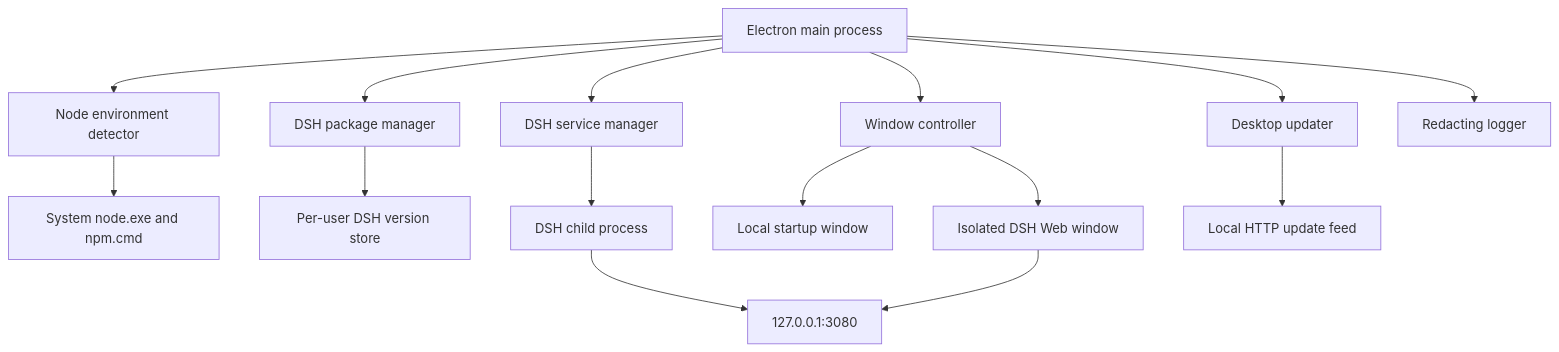
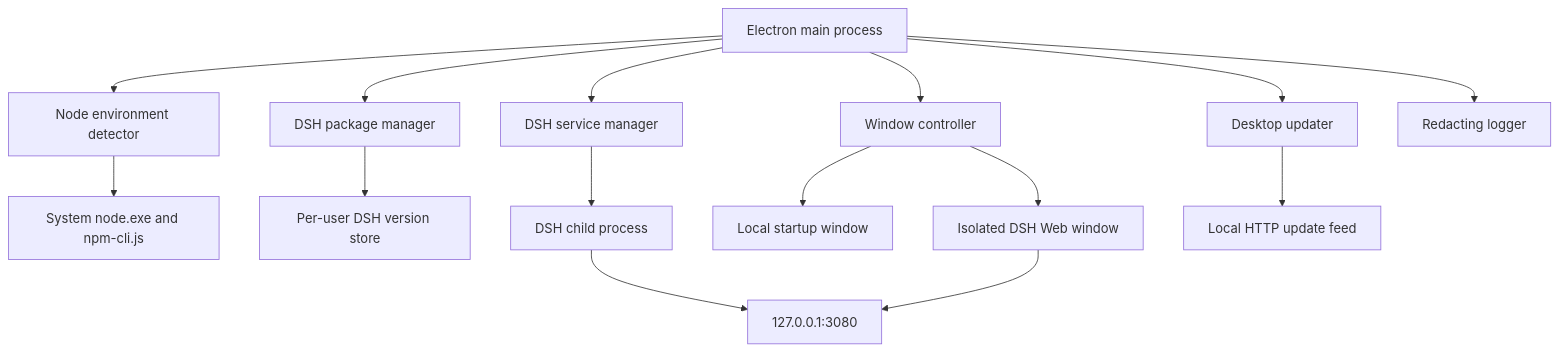
The first of 2 diagrams in docs/superpowers/specs/2026-08-14-dsh-desktop-design.md (zxjzxjqaq/dsh-desktop), drawn with Mermaid before and after one commit. The commit also changed other lines of this file and 46 other files, not shown here.

````diff
--- a/docs/superpowers/specs/2026-08-14-dsh-desktop-design.md
+++ b/docs/superpowers/specs/2026-08-14-dsh-desktop-design.md
@@ -54,17 +55,17 @@
 ```mermaid
 flowchart TD
     Main["Electron main process"] --> Windows["Window controller"]
     Main --> Node["Node environment detector"]
     Main --> Packages["DSH package manager"]
     Main --> Service["DSH service manager"]
     Main --> AppUpdate["Desktop updater"]
     Main --> Logs["Redacting logger"]
-    Node --> System["System node.exe and npm.cmd"]
+Node --> System["System node.exe and npm-cli.js"]
     Packages --> Versions["Per-user DSH version store"]
     Service --> DSH["DSH child process"]
     DSH --> Loopback["127.0.0.1:3080"]
     Windows --> Startup["Local startup window"]
     Windows --> Web["Isolated DSH Web window"]
     Web --> Loopback
     AppUpdate --> Feed["Local HTTP update feed"]
 ```
````
